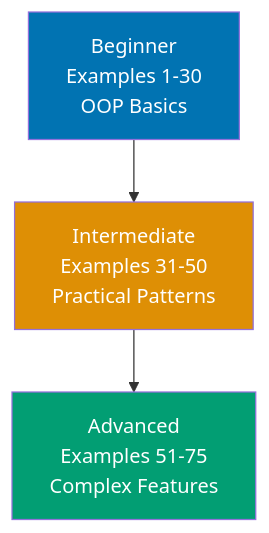
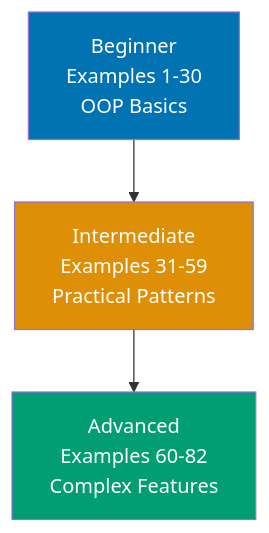
One commit to wahidyankf/open-sharia-enterprise changed the diagram in apps/ayokoding-web/content/en/learn/software-engineering/programming-languages/java/by-example/overview.md. Above: the diagram before and after it, drawn with Mermaid. The commit also changed other lines of this file and 12 other files, not shown here.

````diff
--- a/apps/ayokoding-web/content/en/learn/software-engineering/programming-languages/java/by-example/overview.md
+++ b/apps/ayokoding-web/content/en/learn/software-engineering/programming-languages/java/by-example/overview.md
@@ -27,10 +27,10 @@
 ```mermaid
 %% Color Palette: Blue #0173B2, Orange #DE8F05, Teal #029E73, Purple #CC78BC, Brown #CA9161
 graph TD
-    A["Beginner<br/>Examples 1-30<br/>OOP Basics"] --> B["Intermediate<br/>Examples 31-50<br/>Practical Patterns"]
-    B --> C["Advanced<br/>Examples 51-75<br/>Complex Features"]
+    A["Beginner<br/>Examples 1-30<br/>OOP Basics"] --> B["Intermediate<br/>Examples 31-59<br/>Practical Patterns"]
+    B --> C["Advanced<br/>Examples 60-82<br/>Complex Features"]
 
     style A fill:#0173B2,color:#fff
     style B fill:#DE8F05,color:#fff
     style C fill:#029E73,color:#fff
 ```
````
